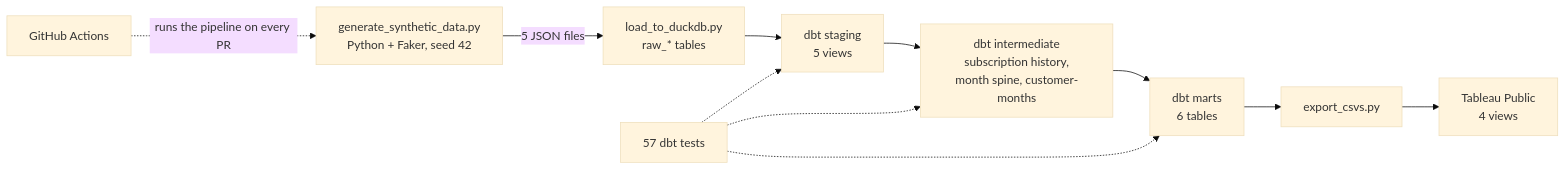
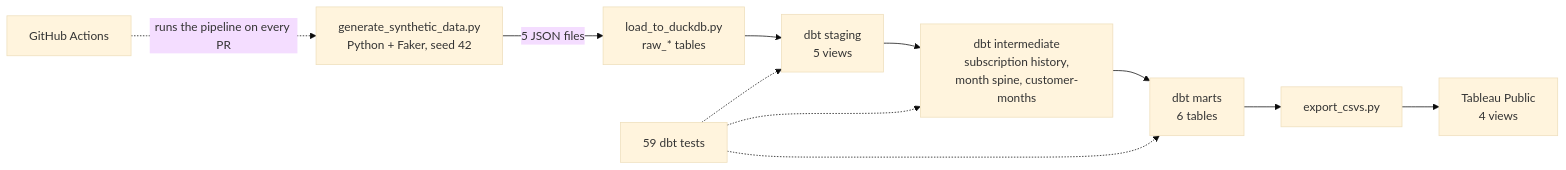
Before and after one commit to thaenandarhtet-iris/saas-analytics-pipeline: the diagram in README.md, drawn with Mermaid (base theme). The commit also changed other lines of this file and 1 other file, not shown here.

Commit message:
Update README and engineering notes for the activity fix and new tests

````diff
--- a/README.md
+++ b/README.md
@@ -47,13 +47,13 @@
 ```mermaid
 flowchart LR
     A["generate_synthetic_data.py<br/>Python + Faker, seed 42"] -->|5 JSON files| B["load_to_duckdb.py<br/>raw_* tables"]
     B --> C["dbt staging<br/>5 views"]
     C --> D["dbt intermediate<br/>subscription history,<br/>month spine, customer-months"]
     D --> E["dbt marts<br/>6 tables"]
     E --> F["export_csvs.py"]
     F --> G["Tableau Public<br/>4 views"]
-    T["57 dbt tests"] -.-> C
+    T["59 dbt tests"] -.-> C
     T -.-> D
     T -.-> E
     CI["GitHub Actions"] -.->|runs the pipeline on every PR| A
 ```
````
